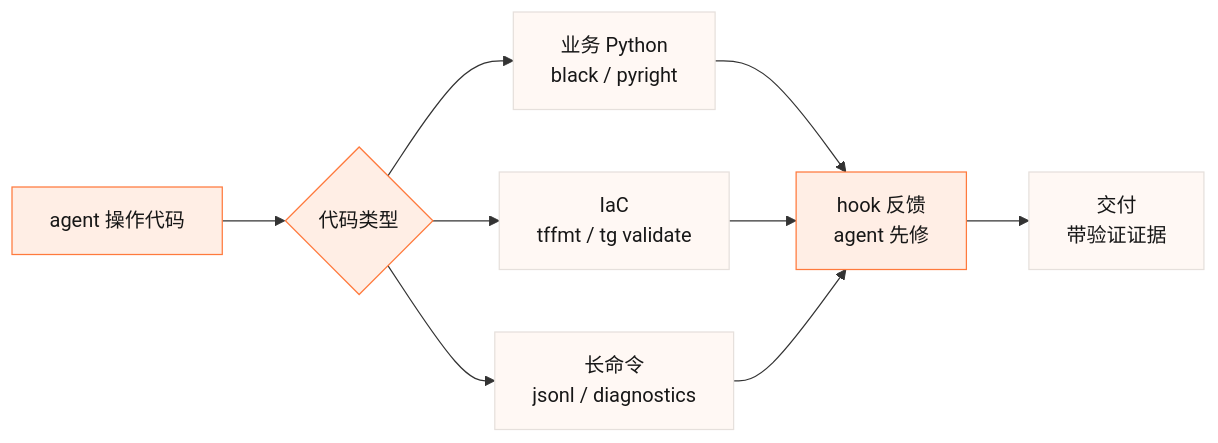
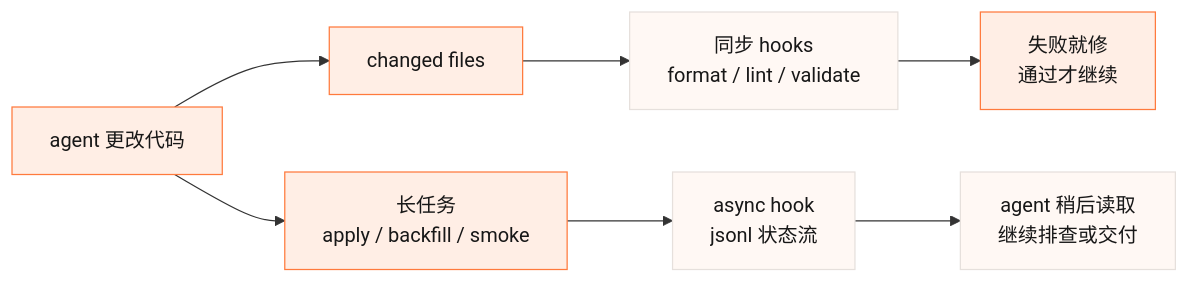
The diagram in reports/data-agent/diagrams/async-hooks.mmd (tihaya-anon/reporting), drawn with Mermaid before and after one commit. The commit also changed 19 other files, not shown here.

```diff
--- a/reports/data-agent/diagrams/async-hooks.mmd
+++ b/reports/data-agent/diagrams/async-hooks.mmd
@@ -1,13 +1,11 @@
 flowchart LR
-  Agent["agent 操作代码"] --> Kind{"代码类型"}
-  Kind --> Py["业务 Python<br/>black / pyright"]
-  Kind --> Iac["IaC<br/>tffmt / tg validate"]
-  Kind --> Long["长命令<br/>jsonl / diagnostics"]
-  Py --> Fix["hook 反馈<br/>agent 先修"]
-  Iac --> Fix
-  Long --> Fix
-  Fix --> Done["交付<br/>带验证证据"]
+  Agent["agent 更改代码"] --> Changed["changed files"]
+  Changed --> Short["同步 hooks<br/>format / lint / validate"]
+  Short --> Fix["失败就修<br/>通过才继续"]
+  Agent --> Long["长任务<br/>apply / backfill / smoke"]
+  Long --> Async["async hook<br/>jsonl 状态流"]
+  Async --> Resume["agent 稍后读取<br/>继续排查或交付"]
 
   classDef default fill:#FFEEE5,stroke:#FF7A3D,color:#171717,stroke-width:1px;
   classDef muted fill:#FFF8F4,stroke:#E6E0DC,color:#171717,stroke-width:1px;
-  class Py,Iac,Long,Done muted;
+  class Short,Async,Resume muted;
```
